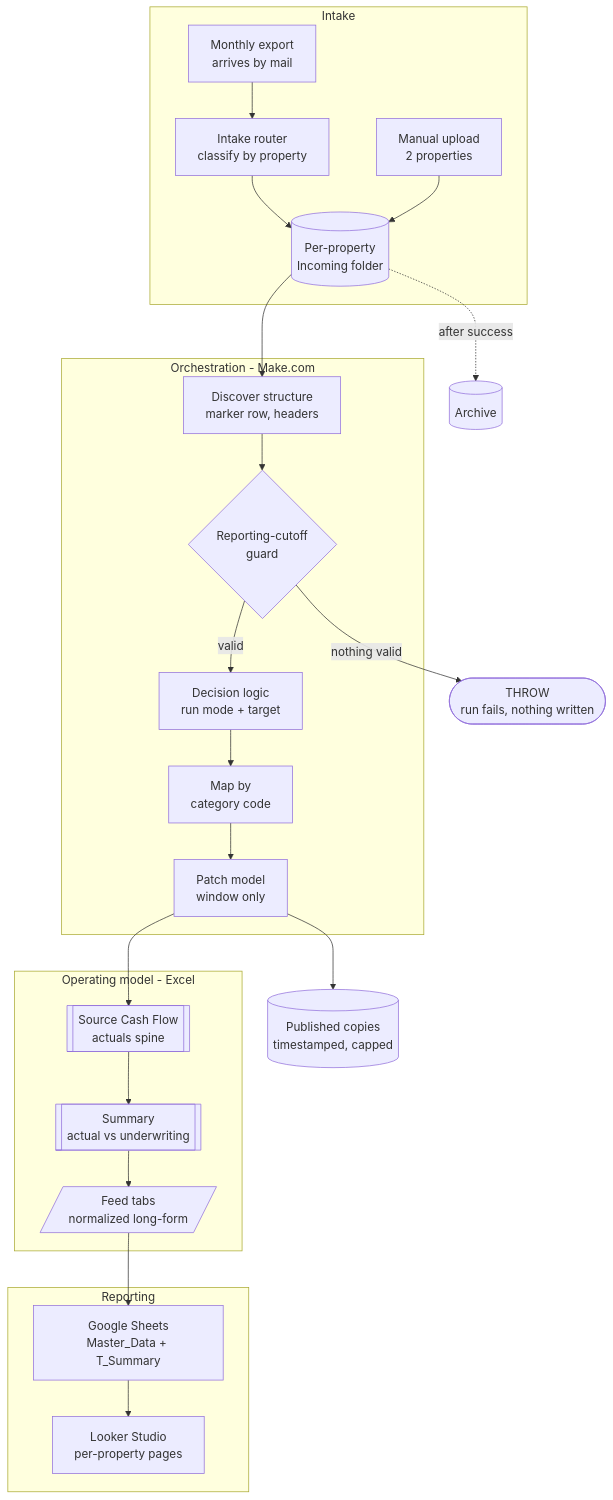
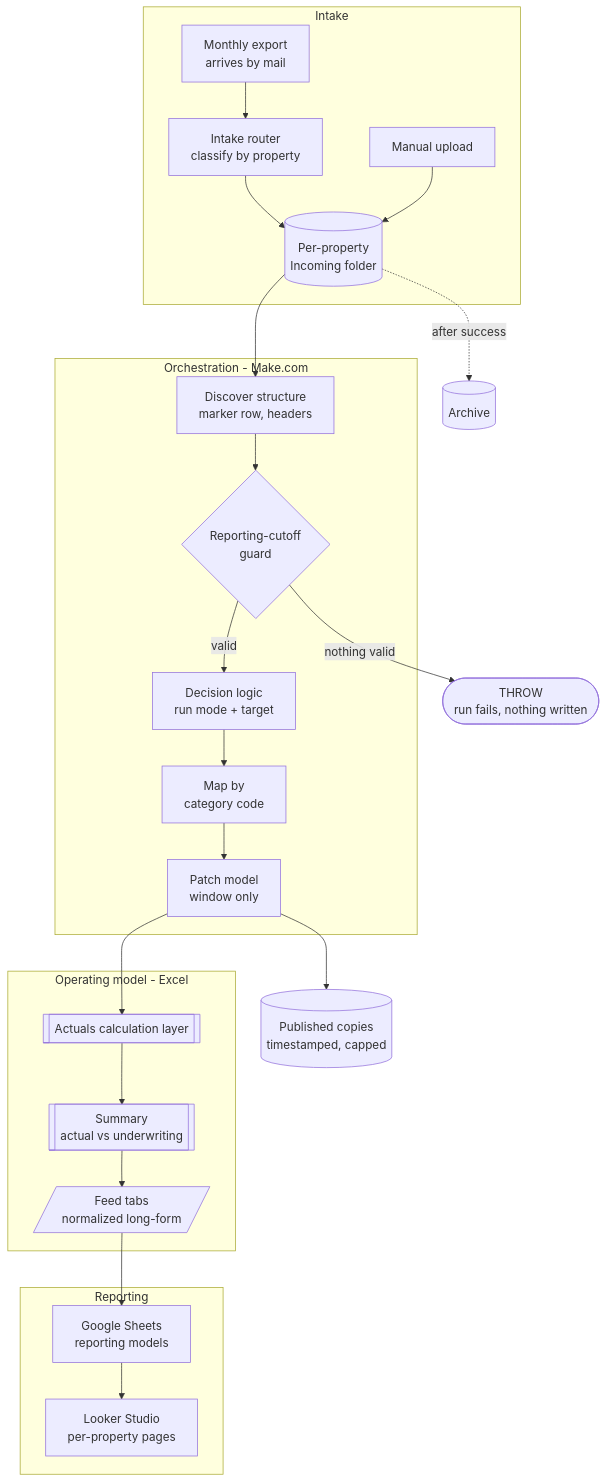
Before and after one commit to rgb101593/make-monthly-property-tracking-pipeline: the first of 5 diagrams in diagrams/pipeline.md, drawn with Mermaid. The commit also changed other lines of this file and 16 other files, not shown here.

````diff
--- a/diagrams/pipeline.md
+++ b/diagrams/pipeline.md
@@ -7,42 +7,42 @@
 ```mermaid
 flowchart TB
     subgraph INTAKE["Intake"]
         MAIL["Monthly export<br/>arrives by mail"]
         ROUTER["Intake router<br/>classify by property"]
-        MANUAL["Manual upload<br/>2 properties"]
+        MANUAL["Manual upload"]
         STAGE[("Per-property<br/>Incoming folder")]
     end
 
     subgraph ORCH["Orchestration - Make.com"]
         DISCOVER["Discover structure<br/>marker row, headers"]
         GUARD{"Reporting-cutoff<br/>guard"}
         DECIDE["Decision logic<br/>run mode + target"]
         MAP["Map by<br/>category code"]
         PATCH["Patch model<br/>window only"]
     end
 
     subgraph MODEL["Operating model - Excel"]
-        SCF[["Source Cash Flow<br/>actuals spine"]]
+        SCF[["Actuals calculation layer"]]
         SUMM[["Summary<br/>actual vs underwriting"]]
         FEEDS[/"Feed tabs<br/>normalized long-form"/]
     end
 
     subgraph REPORT["Reporting"]
-        GS["Google Sheets<br/>Master_Data + T_Summary"]
+        GS["Google Sheets<br/>reporting models"]
         LOOKER["Looker Studio<br/>per-property pages"]
     end
 
     ARCHIVE[("Archive")]
     PUB[("Published copies<br/>timestamped, capped")]
 
     MAIL --> ROUTER --> STAGE
     MANUAL --> STAGE
     STAGE --> DISCOVER --> GUARD
     GUARD -->|"valid"| DECIDE
     GUARD -->|"nothing valid"| THROW(["THROW<br/>run fails, nothing written"])
     DECIDE --> MAP --> PATCH
     PATCH --> SCF --> SUMM --> FEEDS
     FEEDS --> GS --> LOOKER
     PATCH --> PUB
     STAGE -.->|"after success"| ARCHIVE
 ```
````
